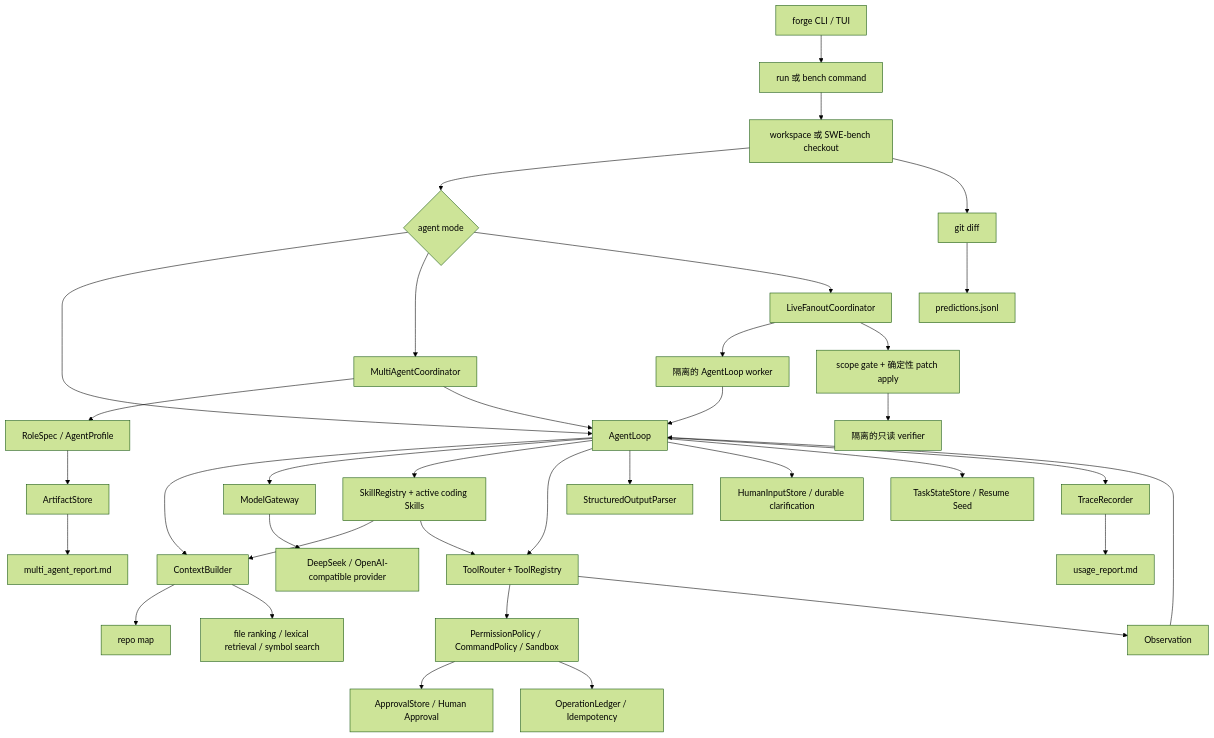
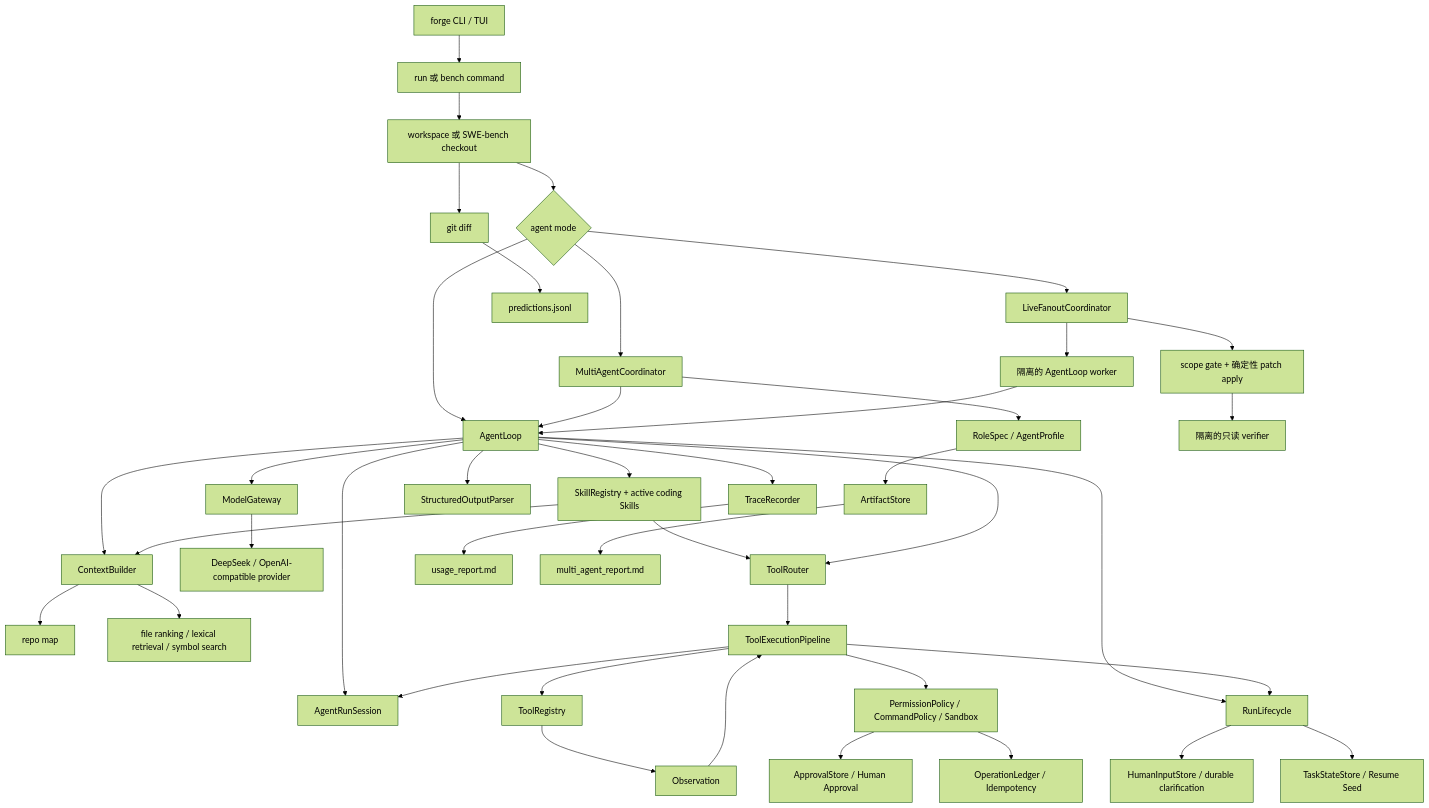
Before and after one commit to semi-hollow/NanoHarness: the diagram in docs/AgentForge总体架构与运行链路.md, drawn with Mermaid (forest theme). The commit also changed other lines of this file and 24 other files, not shown here.

````diff
--- a/docs/AgentForge总体架构与运行链路.md
+++ b/docs/AgentForge总体架构与运行链路.md
@@ -10,38 +10,44 @@
 ```mermaid
 flowchart TD
     User["forge CLI / TUI"] --> Run["run 或 bench command"]
     Run --> Workspace["workspace 或 SWE-bench checkout"]
     Workspace --> Mode{"agent mode"}
     Mode --> Loop["AgentLoop"]
     Mode --> Coordinator["MultiAgentCoordinator"]
     Mode --> Fanout["LiveFanoutCoordinator"]
     Coordinator --> Roles["RoleSpec / AgentProfile"]
     Roles --> Artifacts["ArtifactStore"]
     Coordinator --> Loop
     Fanout --> Workers["隔离的 AgentLoop worker"]
     Workers --> Loop
     Fanout --> Merge["scope gate + 确定性 patch apply"]
     Merge --> Finalizer["隔离的只读 verifier"]
     Loop --> Context["ContextBuilder"]
     Context --> RepoMap["repo map"]
     Context --> Ranking["file ranking / lexical retrieval / symbol search"]
     Loop --> Model["ModelGateway"]
     Model --> Provider["DeepSeek / OpenAI-compatible provider"]
+    Loop --> Session["AgentRunSession"]
     Loop --> Skills["SkillRegistry + active coding Skills"]
     Skills --> Context
-    Skills --> Tools
-    Loop --> Tools["ToolRouter + ToolRegistry"]
+    Skills --> Router
+    Loop --> Router["ToolRouter"]
+    Router --> Pipeline["ToolExecutionPipeline"]
+    Pipeline --> Tools["ToolRegistry"]
     Loop --> Structured["StructuredOutputParser"]
-    Tools --> Safety["PermissionPolicy / CommandPolicy / Sandbox"]
+    Pipeline --> Safety["PermissionPolicy / CommandPolicy / Sandbox"]
     Safety --> Approval["ApprovalStore / Human Approval"]
-    Loop --> Human["HumanInputStore / durable clarification"]
+    Loop --> Lifecycle["RunLifecycle"]
+    Pipeline --> Lifecycle
+    Lifecycle --> Human["HumanInputStore / durable clarification"]
     Safety --> Ledger["OperationLedger / Idempotency"]
     Tools --> Observation["Observation"]
-    Observation --> Loop
-    Loop --> Checkpoint["TaskStateStore / Resume Seed"]
+    Observation --> Pipeline
+    Pipeline --> Session
+    Lifecycle --> Checkpoint["TaskStateStore / Resume Seed"]
     Loop --> Trace["TraceRecorder"]
     Trace --> Usage["usage_report.md"]
     Artifacts --> MultiReport["multi_agent_report.md"]
     Workspace --> Diff["git diff"]
     Diff --> Prediction["predictions.jsonl"]
 ```
````
